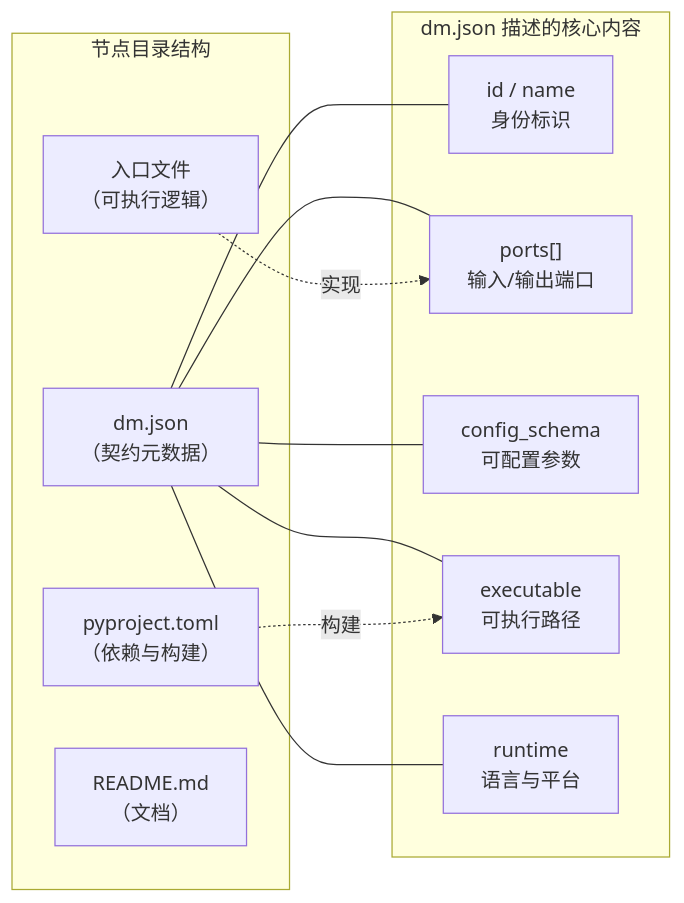
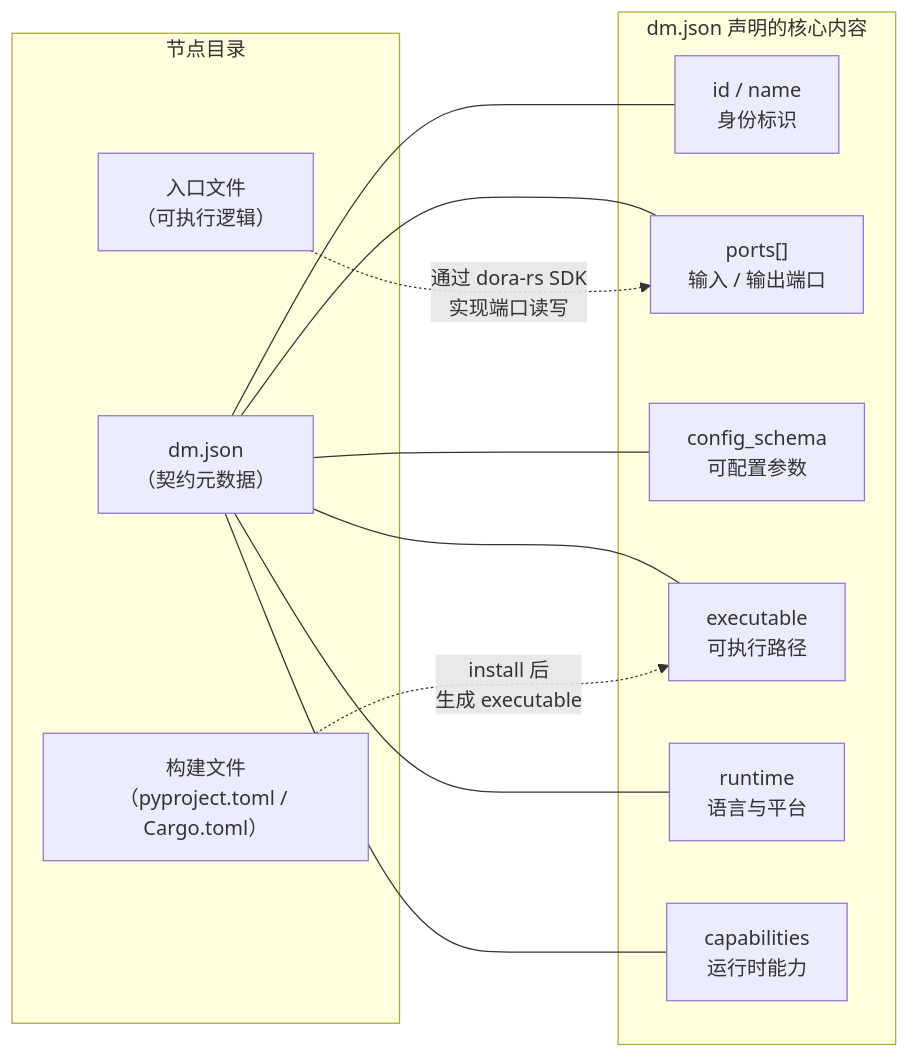
Before and after one commit to l1veIn/dora-manager: the first of 3 diagrams in wiki/zh/04-node-concept.md, drawn with Mermaid. The commit also changed other lines of this file and 99 other files, not shown here.

````diff
--- a/wiki/zh/04-node-concept.md
+++ b/wiki/zh/04-node-concept.md
@@ -11,25 +11,26 @@
 ```mermaid
 graph LR
-    subgraph "节点目录结构"
+    subgraph "节点目录"
         DMJSON["dm.json<br/>（契约元数据）"]
         ENTRY["入口文件<br/>（可执行逻辑）"]
-        PYPROJ["pyproject.toml<br/>（依赖与构建）"]
-        README["README.md<br/>（文档）"]
+        BUILD["构建文件<br/>（pyproject.toml / Cargo.toml）"]
     end
 
-    subgraph "dm.json 描述的核心内容"
+    subgraph "dm.json 声明的核心内容"
         ID["id / name<br/>身份标识"]
-        PORTS["ports[]<br/>输入/输出端口"]
+        PORTS["ports[]<br/>输入 / 输出端口"]
         CONFIG["config_schema<br/>可配置参数"]
         EXE["executable<br/>可执行路径"]
         RUNTIME["runtime<br/>语言与平台"]
+        CAPS["capabilities<br/>运行时能力"]
     end
 
     DMJSON --- ID
     DMJSON --- PORTS
     DMJSON --- CONFIG
     DMJSON --- EXE
     DMJSON --- RUNTIME
-    ENTRY -.->|实现| PORTS
-    PYPROJ -.->|构建| EXE
+    DMJSON --- CAPS
+    ENTRY -.->|"通过 dora-rs SDK<br/>实现端口读写"| PORTS
+    BUILD -.->|"install 后<br/>生成 executable"| EXE
 ```
````
